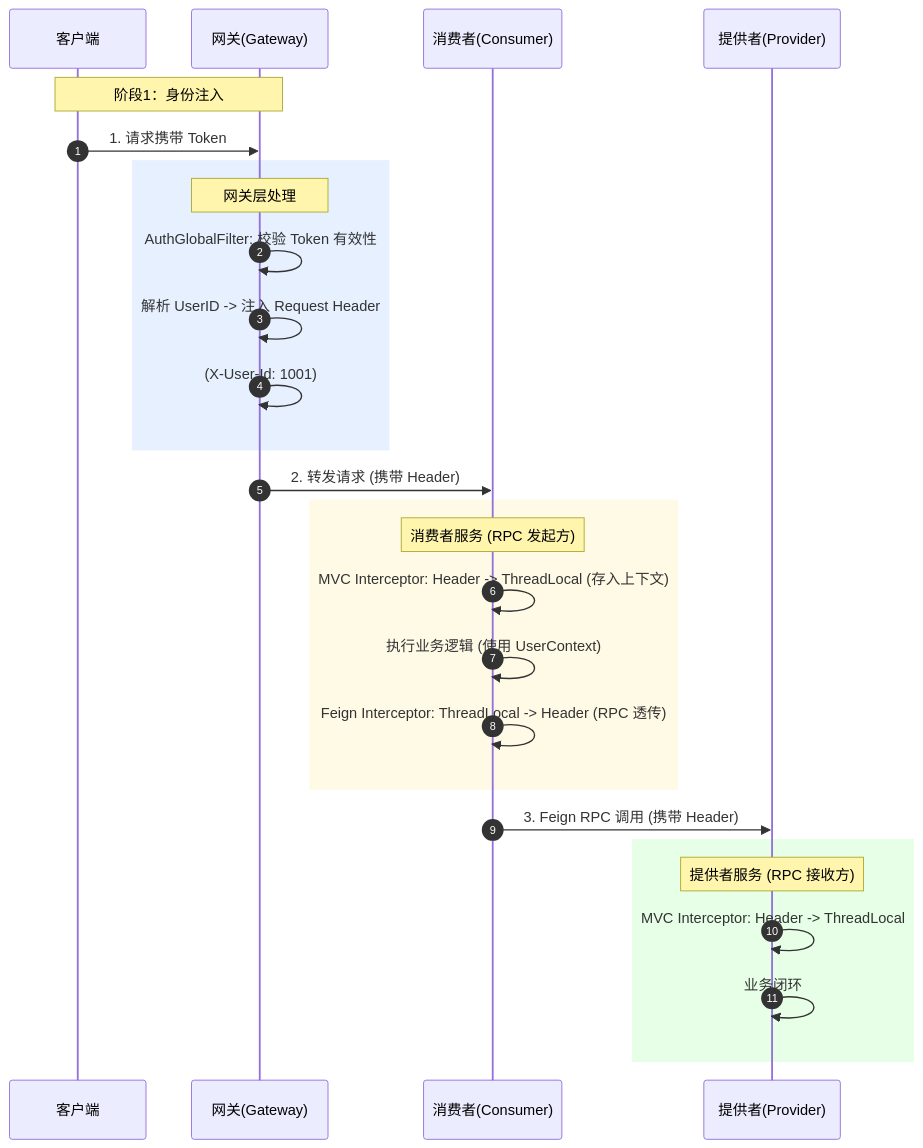
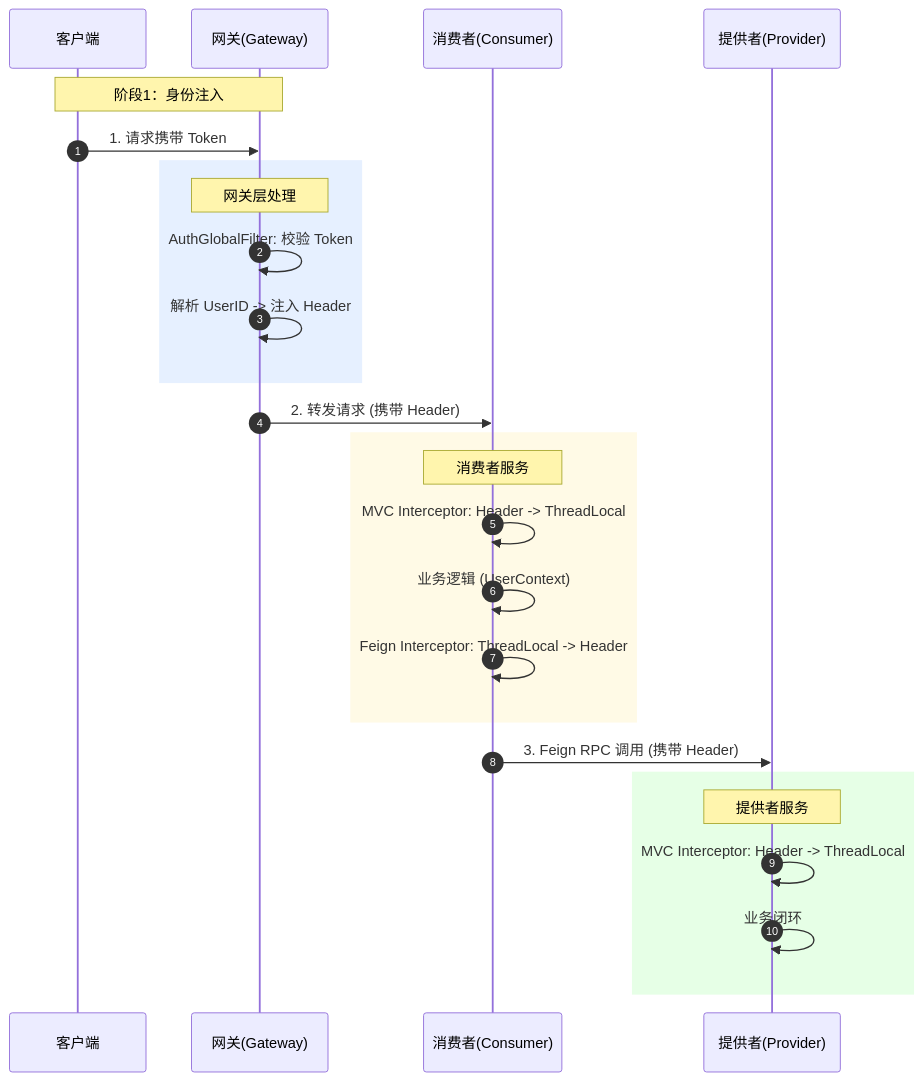
The second of 4 diagrams in README.md (RCPawn/api-gateway), drawn with Mermaid before and after one commit. The commit also changed other lines of this file and 13 other files, not shown here.

````diff
--- a/README.md
+++ b/README.md
@@ -132,34 +117,33 @@
 ```mermaid
 sequenceDiagram
     autonumber
     participant Client as 客户端
     participant Gateway as 网关(Gateway)
     participant Consumer as 消费者(Consumer)
     participant Provider as 提供者(Provider)
 Note over Client, Gateway: 阶段1：身份注入
 Client->>Gateway: 1. 请求携带 Token
 
 rect rgb(230, 240, 255)
 Note over Gateway: 网关层处理
-Gateway->>Gateway: AuthGlobalFilter: 校验 Token 有效性
-Gateway->>Gateway: 解析 UserID -> 注入 Request Header
-Gateway->>Gateway: (X-User-Id: 1001)
+Gateway->>Gateway: AuthGlobalFilter: 校验 Token
+Gateway->>Gateway: 解析 UserID -> 注入 Header
 end
 
 Gateway->>Consumer: 2. 转发请求 (携带 Header)
 
 rect rgb(255, 250, 230)
-Note over Consumer: 消费者服务 (RPC 发起方)
-Consumer->>Consumer: MVC Interceptor: Header -> ThreadLocal (存入上下文)
-Consumer->>Consumer: 执行业务逻辑 (使用 UserContext)
-Consumer->>Consumer: Feign Interceptor: ThreadLocal -> Header (RPC 透传)
+Note over Consumer: 消费者服务
+Consumer->>Consumer: MVC Interceptor: Header -> ThreadLocal
+Consumer->>Consumer: 业务逻辑 (UserContext)
+Consumer->>Consumer: Feign Interceptor: ThreadLocal -> Header
 end
 
 Consumer->>Provider: 3. Feign RPC 调用 (携带 Header)
 
 rect rgb(230, 255, 230)
-Note over Provider: 提供者服务 (RPC 接收方)
+Note over Provider: 提供者服务
 Provider->>Provider: MVC Interceptor: Header -> ThreadLocal
 Provider->>Provider: 业务闭环
 end
 ```
````
